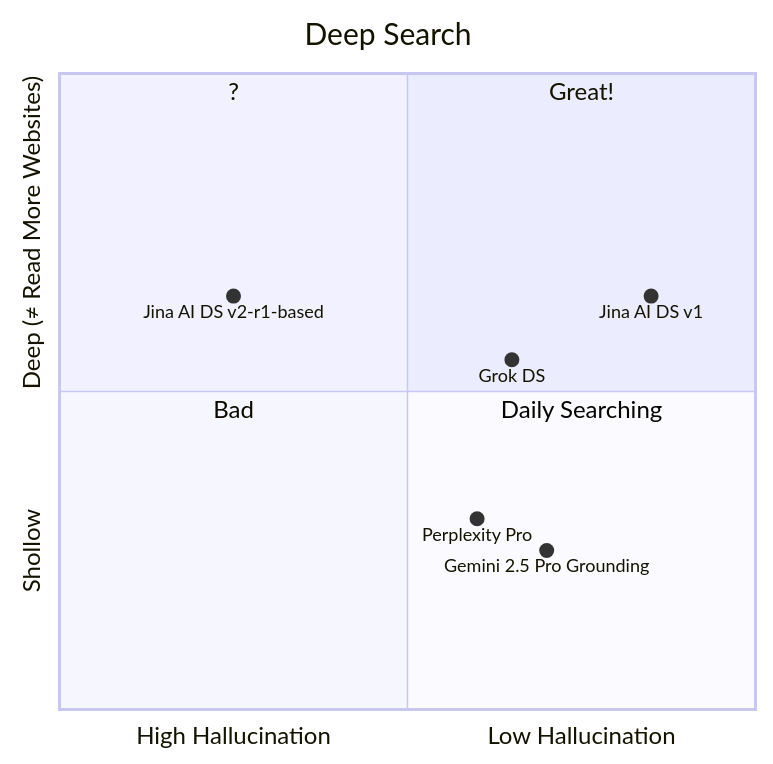
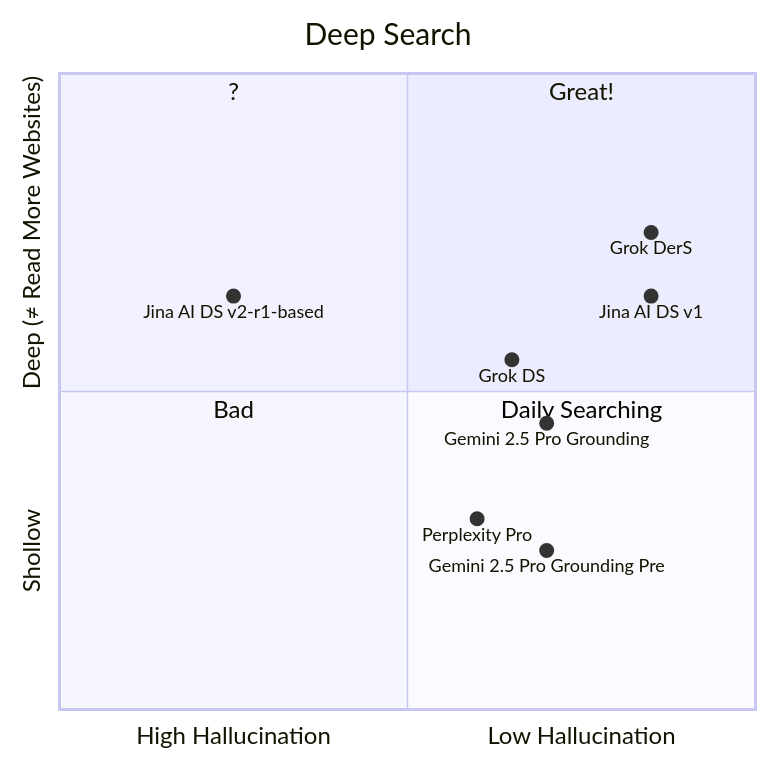
Before and after one commit to RarityBrown/blog: the first of 2 diagrams in blog/AI/free_LLM.md, drawn with Mermaid.

````diff
--- a/blog/AI/free_LLM.md
+++ b/blog/AI/free_LLM.md
@@ -17,17 +17,19 @@
 ```mermaid
 quadrantChart
     title Deep Search
     x-axis High Hallucination --> Low Hallucination
     y-axis Shollow --> "Deep (≠ Read More Websites)"
     
     quadrant-1 Great!
     quadrant-2 ?
     quadrant-3 Bad
     quadrant-4 Daily Searching
     
     Grok DS: [0.65, 0.55]
     Perplexity Pro: [0.6, 0.3]
     Jina AI DS v1: [0.85, 0.65]
     Jina AI DS v2-r1-based: [0.25, 0.65]
-    Gemini 2.5 Pro Grounding: [0.7, 0.25]
+    Gemini 2.5 Pro Grounding Pre: [0.7, 0.25]
+    Gemini 2.5 Pro Grounding: [0.7, 0.45]
+    Grok DerS: [0.85, 0.75]
 ```
````
